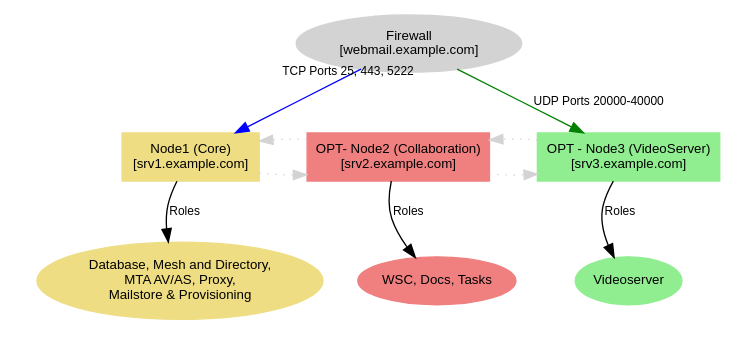
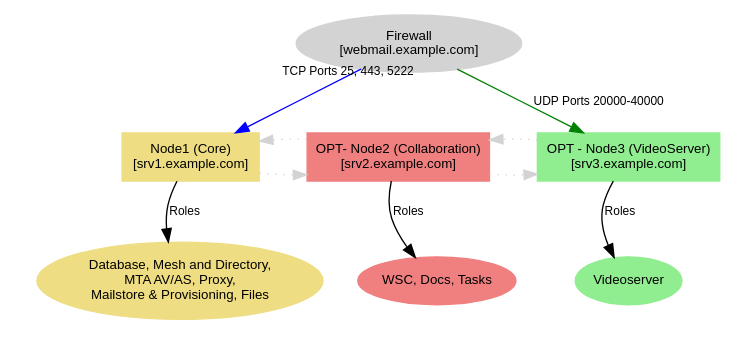
The diagram in source/carbonio/install/scenarios/single/single-server.dot (zextras/tech-doc), drawn with Graphviz before and after one commit.

Commit message:
[ZTD-943] amend diagram

```diff
--- a/source/carbonio/install/scenarios/single/single-server.dot
+++ b/source/carbonio/install/scenarios/single/single-server.dot
@@ -1,64 +1,64 @@
 digraph NetworkWithPortForwarding {
     rankdir=TB;
     node [shape=box, style=filled, fontname="Arial", fontsize=10];
 
     // Firewall node
     "Firewall" [label="Firewall\n[webmail.example.com]", shape=ellipse, style=filled, color=lightgrey];
 
     // First Node: Hosting Database, Mesh and Directory, etc.
     "Node1 (Server)" [label="Node1 (Core)\n[srv1.example.com]", shape=box, style=filled, color=lightgoldenrod];
 
     subgraph cluster_roles_node1 {
         label = ""; // Remove default cluster label
         color = none; // Remove box boundary
 
-        "RolesNode1" [label="Database, Mesh and Directory,\nMTA AV/AS, Proxy,\nMailstore & Provisioning", 
+        "RolesNode1" [label="Database, Mesh and Directory,\nMTA AV/AS, Proxy,\nMailstore & Provisioning, Files", 
                       shape=ellipse, style=filled, color=lightgoldenrod, fontname="Arial", fontsize=10];
     }
 
     // Second Node: Hosting WSC, Docs, and Tasks
     "Node2 (Server)" [label="OPT- Node2 (Collaboration)\n[srv2.example.com]", shape=box, style=filled, color=lightcoral];
 
     subgraph cluster_roles_node2 {
         label = ""; // Remove default cluster label
         color = none; // Remove box boundary
 
         "RolesNode2" [label="WSC, Docs, Tasks", 
                       shape=ellipse, style=filled, color=lightcoral, fontname="Arial", fontsize=10];
     }
 
     // Third Node: Hosting Videoserver
     "Node3 (Server)" [label="OPT - Node3 (VideoServer)\n[srv3.example.com]", shape=box, style=filled, color=lightgreen];
 
     subgraph cluster_roles_node3 {
         label = ""; // Remove default cluster label
         color = none; // Remove box boundary
 
         "RolesNode3" [label="Videoserver", 
                       shape=ellipse, style=filled, color=lightgreen, fontname="Arial", fontsize=10];
     }
 
     // Rank constraints to place Firewall above other nodes
     { rank=min; "Firewall"; }
     { rank=same; "Node1 (Server)"; "Node2 (Server)"; "Node3 (Server)"; }
 
     // Port forwarding arrows
     "Firewall" -> "Node1 (Server)" [color=blue, taillabel="TCP Ports 25, 443, 5222", labeldistance=1, labelangle=-15, fontname="Arial", fontsize=9];
     "Firewall" -> "Node3 (Server)" [label="UDP Ports 20000-40000", color=green, fontname="Arial", fontsize=9];
 
     // Connect nodes to their respective roles with visible edges
     "Node1 (Server)" -> "RolesNode1" [label="Roles", color=black, fontname="Arial", fontsize=9];
     "Node2 (Server)" -> "RolesNode2" [label="Roles", color=black, fontname="Arial", fontsize=9];
     "Node3 (Server)" -> "RolesNode3" [label="Roles", color=black, fontname="Arial", fontsize=9];
 
     // Network-like connections between nodes using dashed lines (corrected to directed edges)
     "Node1 (Server)" -> "Node2 (Server)" [style=dotted, color=lightgrey];
     "Node2 (Server)" -> "Node3 (Server)" [style=dotted, color=lightgrey];
     "Node3 (Server)" -> "Node2 (Server)" [style=dotted, color=lightgrey];
     "Node2 (Server)" -> "Node1 (Server)" [style=dotted, color=lightgrey];
 
     // Connect nodes to their respective roles (invisible links for structure)
     "Node1 (Server)" -> "RolesNode1" [style=invis];
     "Node2 (Server)" -> "RolesNode2" [style=invis];
     "Node3 (Server)" -> "RolesNode3" [style=invis];
 }
```
